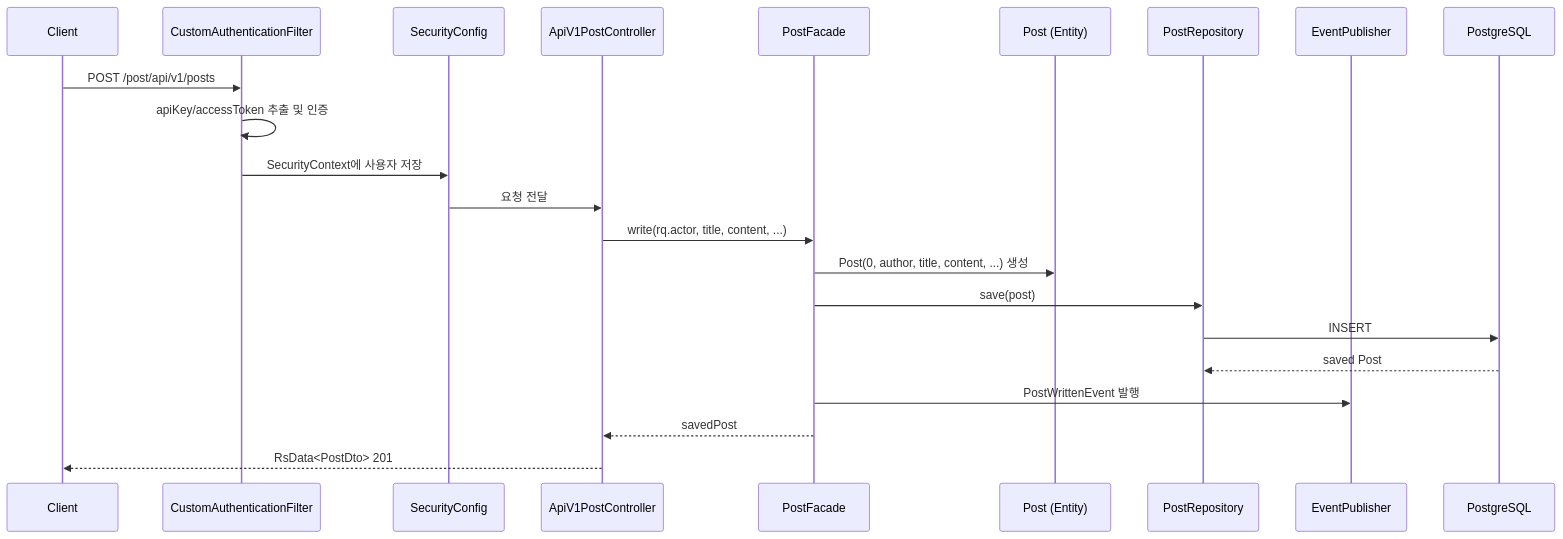
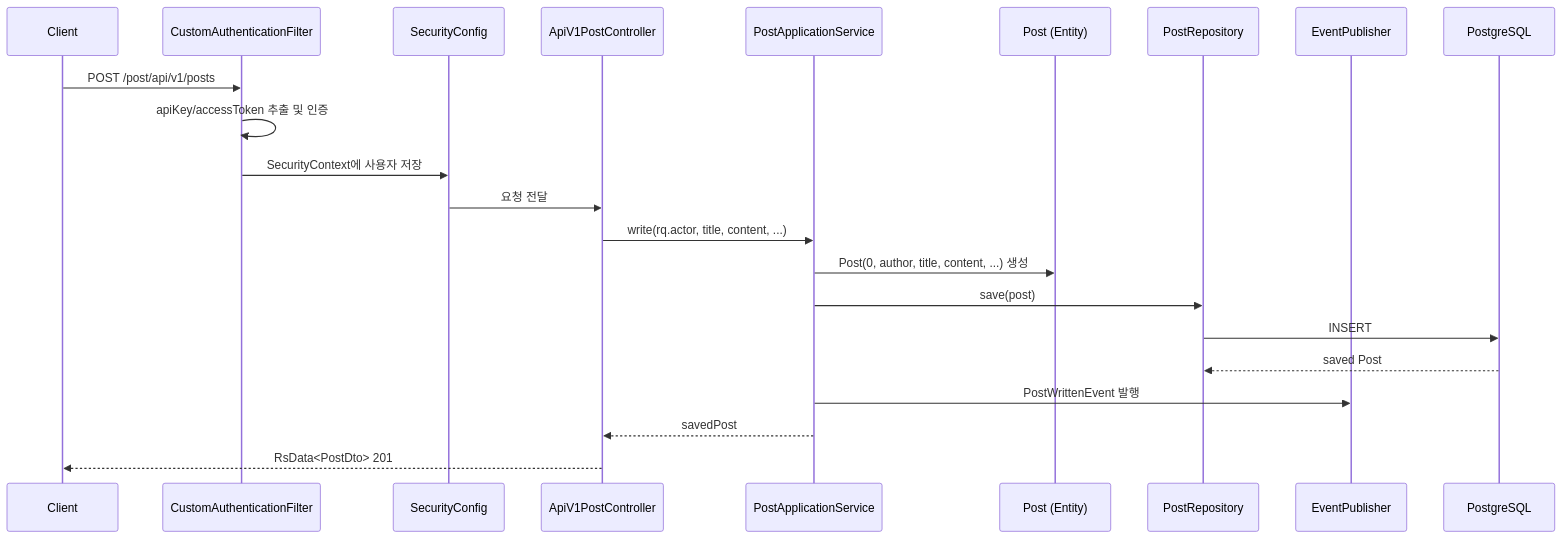
One commit to AquilaXk/aquila-blog changed the sixth of 7 diagrams in back/README.md. Above: the diagram before and after it, drawn with Mermaid. The commit also changed other lines of this file and 2 other files, not shown here.

````diff
--- a/back/README.md
+++ b/back/README.md
@@ -1541,25 +1544,25 @@
 ```mermaid
 sequenceDiagram
     participant C as Client
     participant F as CustomAuthenticationFilter
     participant SC as SecurityConfig
     participant CT as ApiV1PostController
-    participant PF as PostFacade
+    participant PF as PostApplicationService
     participant P as Post (Entity)
     participant PR as PostRepository
     participant EP as EventPublisher
     participant DB as PostgreSQL
 
     C->>F: POST /post/api/v1/posts
     F->>F: apiKey/accessToken 추출 및 인증
     F->>SC: SecurityContext에 사용자 저장
     SC->>CT: 요청 전달
     CT->>PF: write(rq.actor, title, content, ...)
     PF->>P: Post(0, author, title, content, ...) 생성
     PF->>PR: save(post)
     PR->>DB: INSERT
     DB-->>PR: saved Post
     PF->>EP: PostWrittenEvent 발행
     PF-->>CT: savedPost
     CT-->>C: RsData<PostDto> 201
 ```
````
